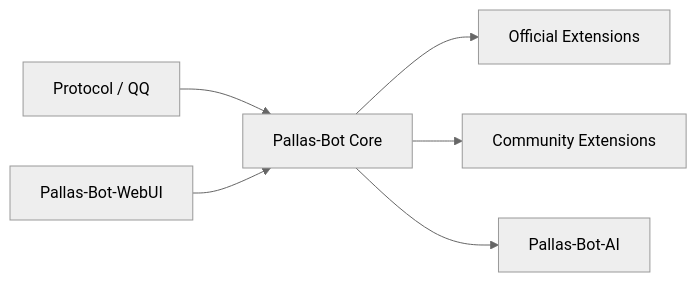
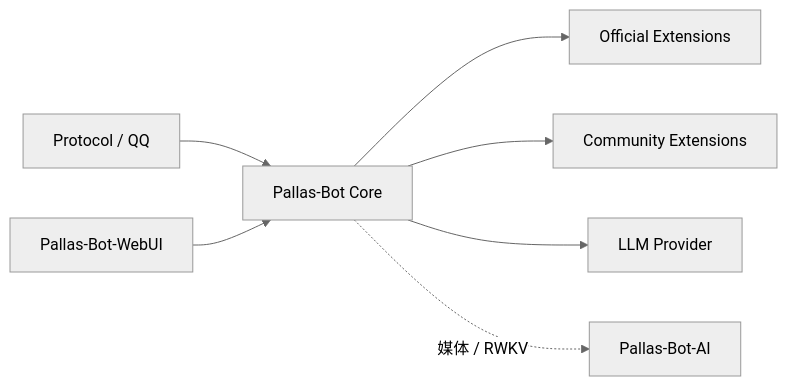
The diagram in src/developer/architecture/overview.md (PallasBot/Pallas-Bot-Docs), drawn with Mermaid (neutral theme) before and after one commit. The commit also changed other lines of this file and 104 other files, not shown here.

````diff
--- a/src/developer/architecture/overview.md
+++ b/src/developer/architecture/overview.md
@@ -7,15 +20,16 @@
 ```mermaid
 flowchart LR
     Protocol[Protocol / QQ]
     Core[Pallas-Bot Core]
     WebUI[Pallas-Bot-WebUI]
     AI[Pallas-Bot-AI]
     Official[Official Extensions]
     Community[Community Extensions]
 
     Protocol --> Core
     WebUI --> Core
     Core --> Official
     Core --> Community
-    Core --> AI
+    Core --> Provider[LLM Provider]
+    Core -.媒体 / RWKV.-> AI
 ```
````
